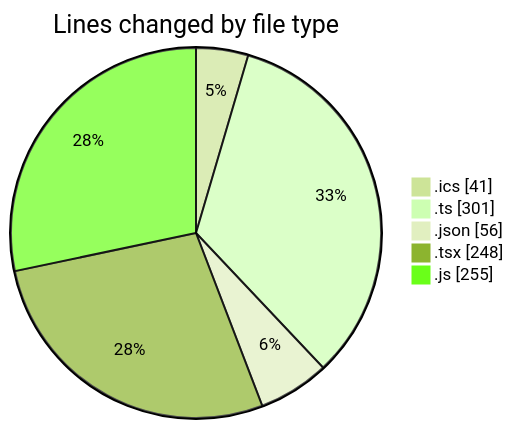
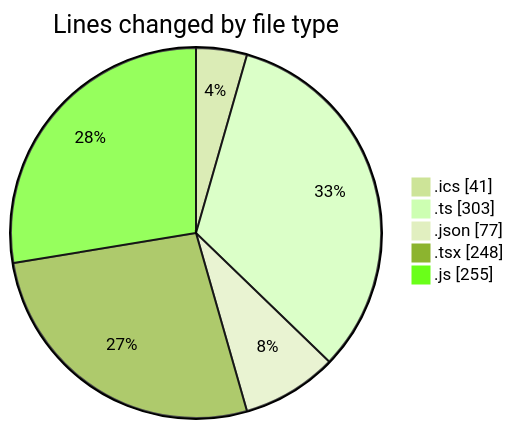
The first of 2 diagrams in 2025-10-28/cda/README.md (momahboobian/code-tracking), drawn with Mermaid (forest theme) before and after one commit. The commit also changed other lines of this file and 1 other file, not shown here.

````diff
--- a/2025-10-28/cda/README.md
+++ b/2025-10-28/cda/README.md
@@ -27,9 +29,9 @@
 ```mermaid
 pie showData
 title Lines changed by file type
 ".ics" : 41
-".ts" : 301
-".json" : 56
+".ts" : 303
+".json" : 77
 ".tsx" : 248
 ".js" : 255
 ```
````
